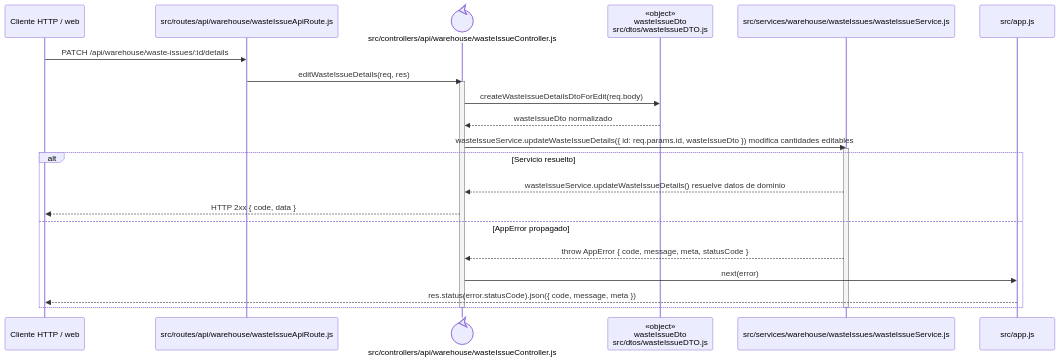
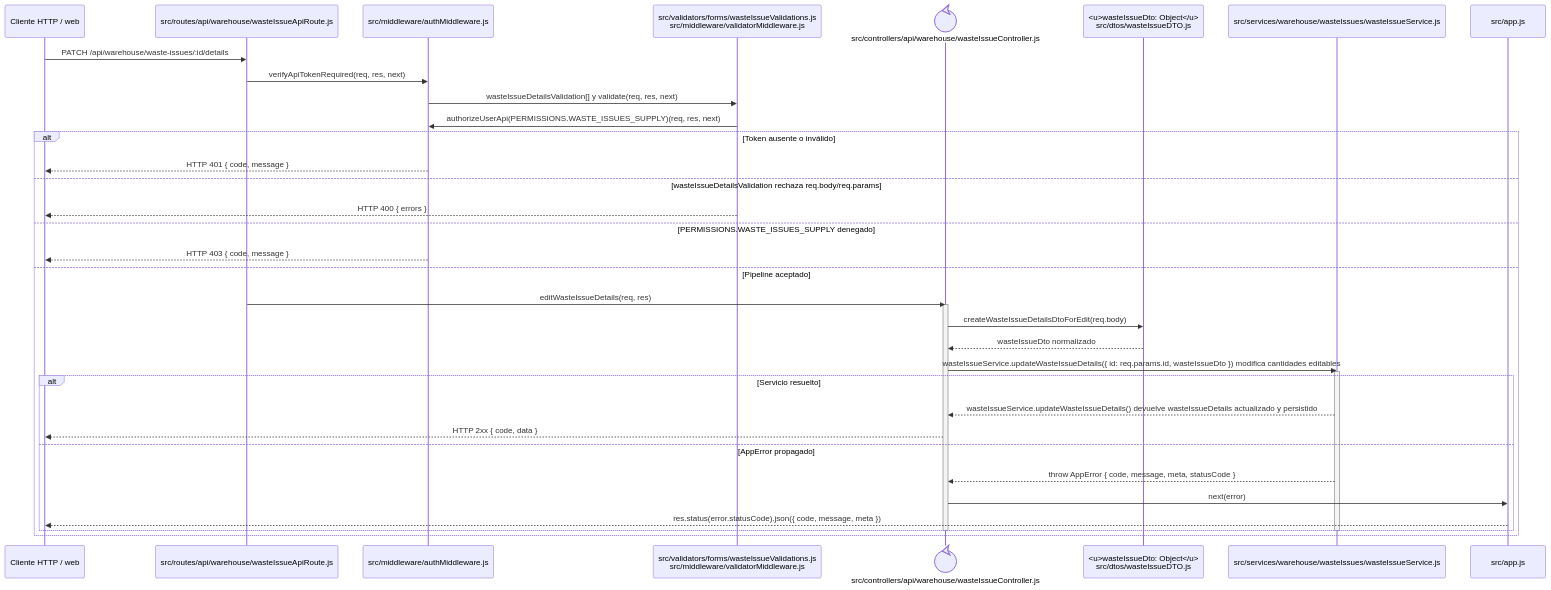
One commit to gpgsistemas01/nexus changed the diagram in docs/architecture/backend-code-sequences/issues/cu-sal-11.md. Above: the diagram before and after it, drawn with Mermaid. The commit also changed 102 other files, not shown here.

````diff
--- a/docs/architecture/backend-code-sequences/issues/cu-sal-11.md
+++ b/docs/architecture/backend-code-sequences/issues/cu-sal-11.md
@@ -6,27 +6,40 @@
 ```mermaid
 sequenceDiagram
     participant Client as Cliente HTTP / web
     participant Route as src/routes/api/warehouse/wasteIssueApiRoute.js
+    participant Auth as src/middleware/authMiddleware.js
+    participant Validator as src/validators/forms/wasteIssueValidations.js<br/>src/middleware/validatorMiddleware.js
     participant Controller@{ "type": "control" } as src/controllers/api/warehouse/wasteIssueController.js
-    participant IssueDto as «object»<br/>wasteIssueDto<br/>src/dtos/wasteIssueDTO.js
+    participant IssueDto as <u>wasteIssueDto: Object</u><br/>src/dtos/wasteIssueDTO.js
     participant Domain as src/services/warehouse/wasteIssues/wasteIssueService.js
     participant ErrorHandler as src/app.js
 
     Client->>Route: PATCH /api/warehouse/waste-issues/:id/details
-    Route->>Controller: editWasteIssueDetails(req, res)
-    activate Controller
-    Controller->>IssueDto: createWasteIssueDetailsDtoForEdit(req.body)
-    IssueDto-->>Controller: wasteIssueDto normalizado
-    Controller->>Domain: wasteIssueService.updateWasteIssueDetails({ id: req.params.id, wasteIssueDto }) modifica cantidades editables
-    activate Domain
-    alt Servicio resuelto
-        Domain-->>Controller: wasteIssueService.updateWasteIssueDetails() resuelve datos de dominio
-        Controller-->>Client: HTTP 2xx { code, data }
-    else AppError propagado
-        Domain-->>Controller: throw AppError { code, message, meta, statusCode }
-        Controller->>ErrorHandler: next(error)
-        ErrorHandler-->>Client: res.status(error.statusCode).json({ code, message, meta })
+    Route->>Auth: verifyApiTokenRequired(req, res, next)
+    Auth->>Validator: wasteIssueDetailsValidation[] y validate(req, res, next)
+    Validator->>Auth: authorizeUserApi(PERMISSIONS.WASTE_ISSUES_SUPPLY)(req, res, next)
+    alt Token ausente o inválido
+        Auth-->>Client: HTTP 401 { code, message }
+    else wasteIssueDetailsValidation rechaza req.body/req.params
+        Validator-->>Client: HTTP 400 { errors }
+    else PERMISSIONS.WASTE_ISSUES_SUPPLY denegado
+        Auth-->>Client: HTTP 403 { code, message }
+    else Pipeline aceptado
+        Route->>Controller: editWasteIssueDetails(req, res)
+        activate Controller
+        Controller->>IssueDto: createWasteIssueDetailsDtoForEdit(req.body)
+        IssueDto-->>Controller: wasteIssueDto normalizado
+        Controller->>Domain: wasteIssueService.updateWasteIssueDetails({ id: req.params.id, wasteIssueDto }) modifica cantidades editables
+        activate Domain
+        alt Servicio resuelto
+            Domain-->>Controller: wasteIssueService.updateWasteIssueDetails() devuelve wasteIssueDetails actualizado y persistido
+            Controller-->>Client: HTTP 2xx { code, data }
+        else AppError propagado
+            Domain-->>Controller: throw AppError { code, message, meta, statusCode }
+            Controller->>ErrorHandler: next(error)
+            ErrorHandler-->>Client: res.status(error.statusCode).json({ code, message, meta })
+        end
+        deactivate Domain
+        deactivate Controller
     end
-    deactivate Domain
-    deactivate Controller
 ```
````
